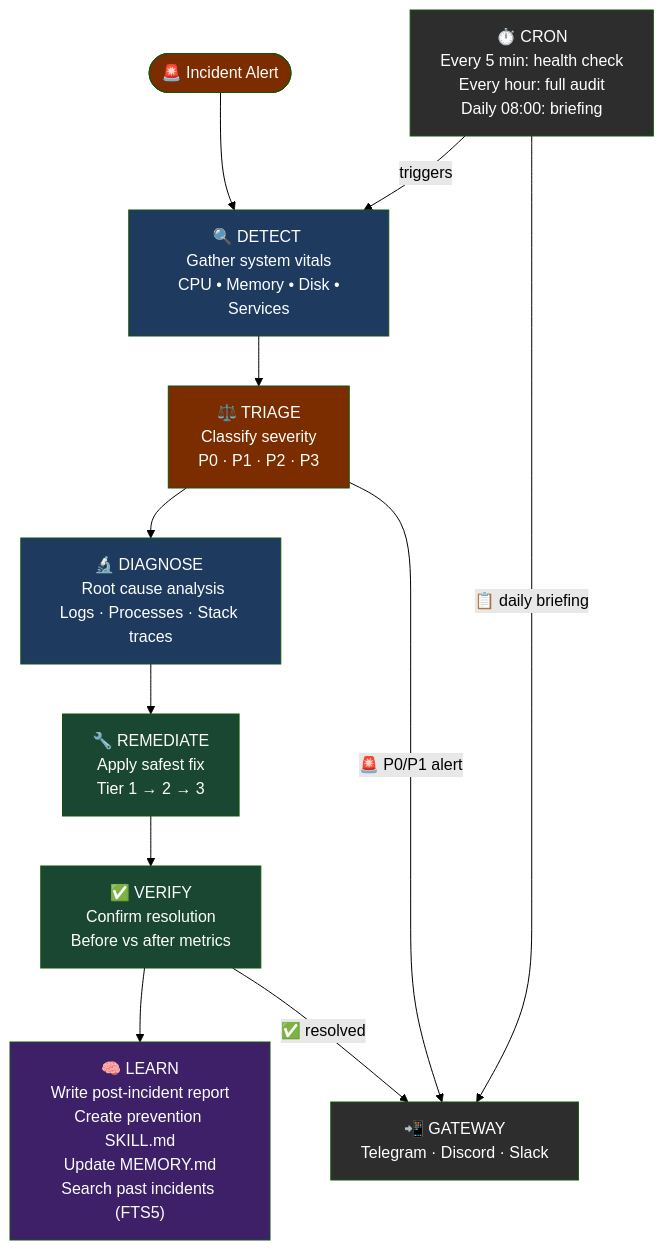
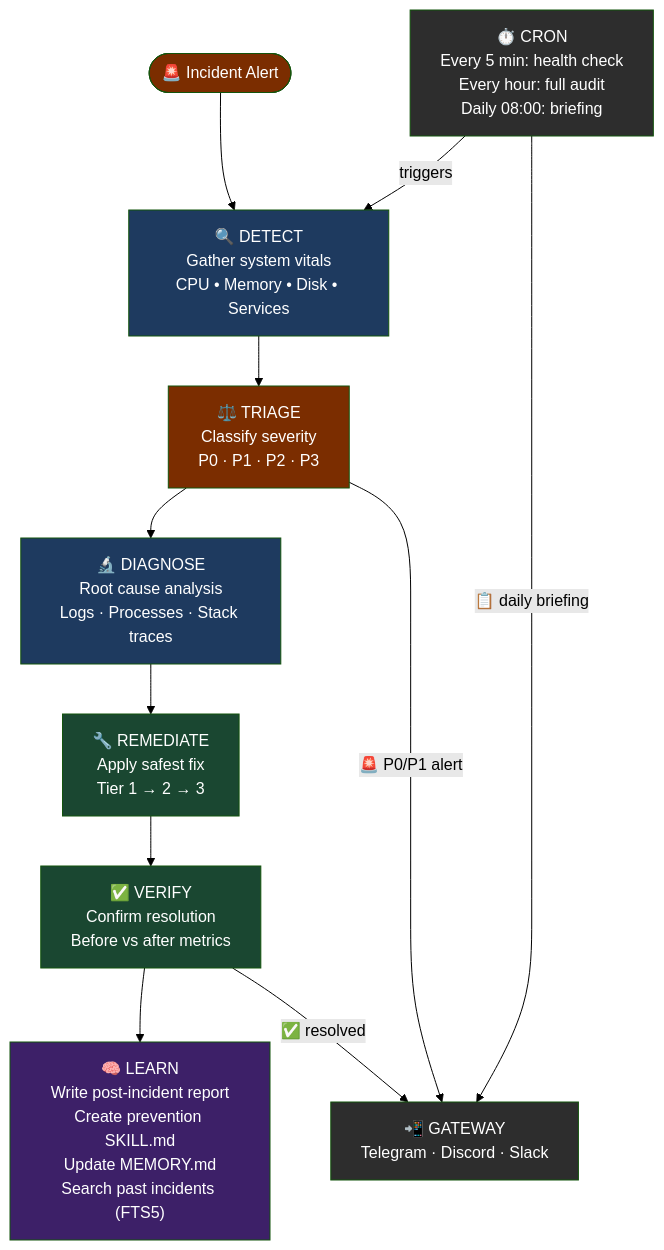
Before and after one commit to Lethe044/hermes-incident-commander: the first of 3 diagrams in README.md, drawn with Mermaid (forest theme). The commit also changed other lines of this file, not shown here.

````diff
--- a/README.md
+++ b/README.md
@@ -74,33 +74,33 @@
 ```mermaid
 flowchart TD
     ALERT([🚨 Incident Alert]) --> DETECT
 
-    DETECT["🔍 DETECT <br/> Gather system vitals <br/> CPU • Memory • Disk • Services"]
-    TRIAGE["⚖️ TRIAGE <br/> Classify severity\nP0 · P1 · P2 · P3"]
-    DIAGNOSE["🔬 DIAGNOSE <br/> Root cause analysis\nLogs · Processes · Stack traces"]
+    DETECT["🔍 DETECT<br/>Gather system vitals<br/>CPU • Memory • Disk • Services"]
+    TRIAGE["⚖️ TRIAGE<br/>Classify severity<br/>P0 · P1 · P2 · P3"]
+    DIAGNOSE["🔬 DIAGNOSE<br/>Root cause analysis<br/>Logs · Processes · Stack traces"]
     REMEDIATE["🔧 REMEDIATE<br/>Apply safest fix<br/>Tier 1 → 2 → 3"]
-    VERIFY["✅ VERIFY\nConfirm resolution\nBefore vs after metrics"]
+    VERIFY["✅ VERIFY<br/>Confirm resolution<br/>Before vs after metrics"]
 
     DETECT --> TRIAGE --> DIAGNOSE --> REMEDIATE --> VERIFY
 
-    CRON["⏱️ CRON\nEvery 5 min: health check\nEvery hour: full audit\nDaily 08:00: briefing"]
+    CRON["⏱️ CRON<br/>Every 5 min: health check<br/>Every hour: full audit<br/>Daily 08:00: briefing"]
     CRON -->|triggers| DETECT
 
-    LEARN["🧠 LEARN\nWrite post-incident report\nCreate prevention SKILL.md\nUpdate MEMORY.md\nSearch past incidents (FTS5)"]
+    LEARN["🧠 LEARN<br/>Write post-incident report<br/>Create prevention SKILL.md<br/>Update MEMORY.md<br/>Search past incidents (FTS5)"]
     VERIFY --> LEARN
 
-    GATEWAY["📲 GATEWAY\nTelegram · Discord · Slack"]
+    GATEWAY["📲 GATEWAY<br/>Telegram · Discord · Slack"]
     TRIAGE -->|"🚨 P0/P1 alert"| GATEWAY
     VERIFY -->|"✅ resolved"| GATEWAY
     CRON -->|"📋 daily briefing"| GATEWAY
 
     style DETECT fill:#1e3a5f,color:#fff
     style TRIAGE fill:#7b2d00,color:#fff
     style DIAGNOSE fill:#1e3a5f,color:#fff
     style REMEDIATE fill:#1a4731,color:#fff
     style VERIFY fill:#1a4731,color:#fff
     style LEARN fill:#3d2068,color:#fff
     style CRON fill:#2d2d2d,color:#fff
     style GATEWAY fill:#2d2d2d,color:#fff
     style ALERT fill:#7b2d00,color:#fff
 ```
````
